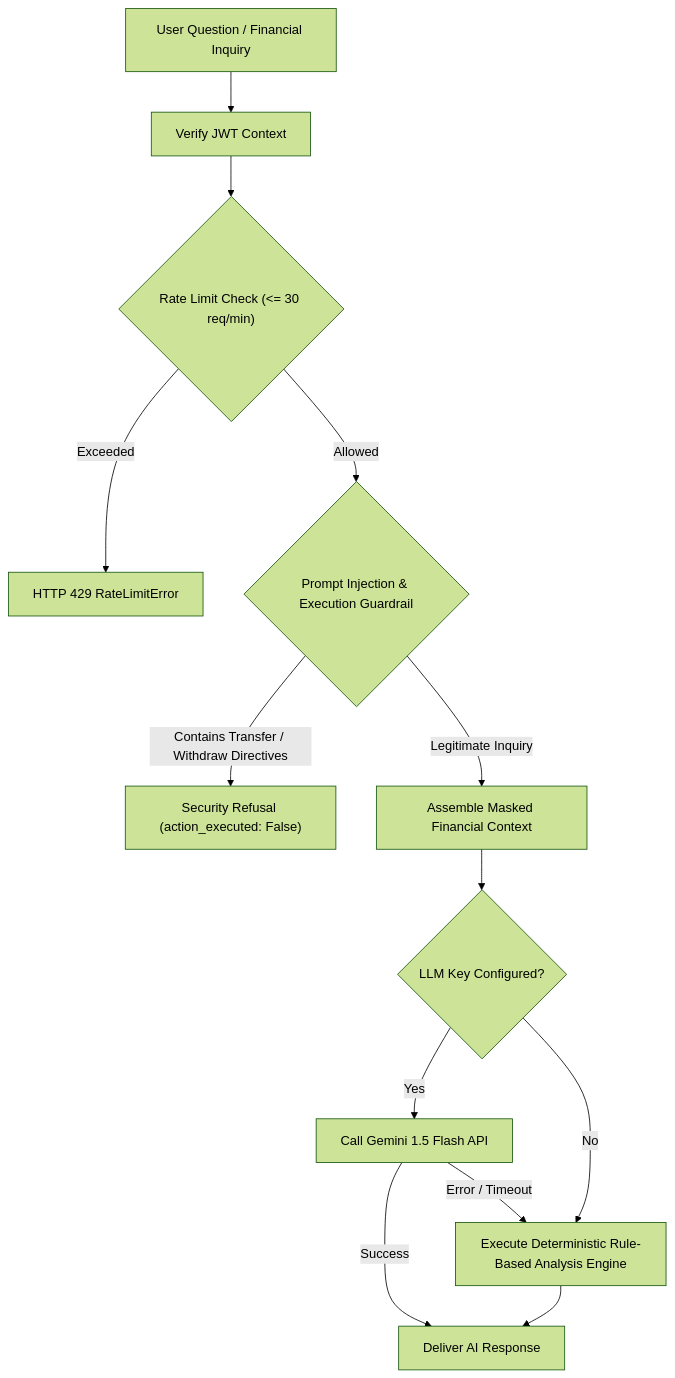
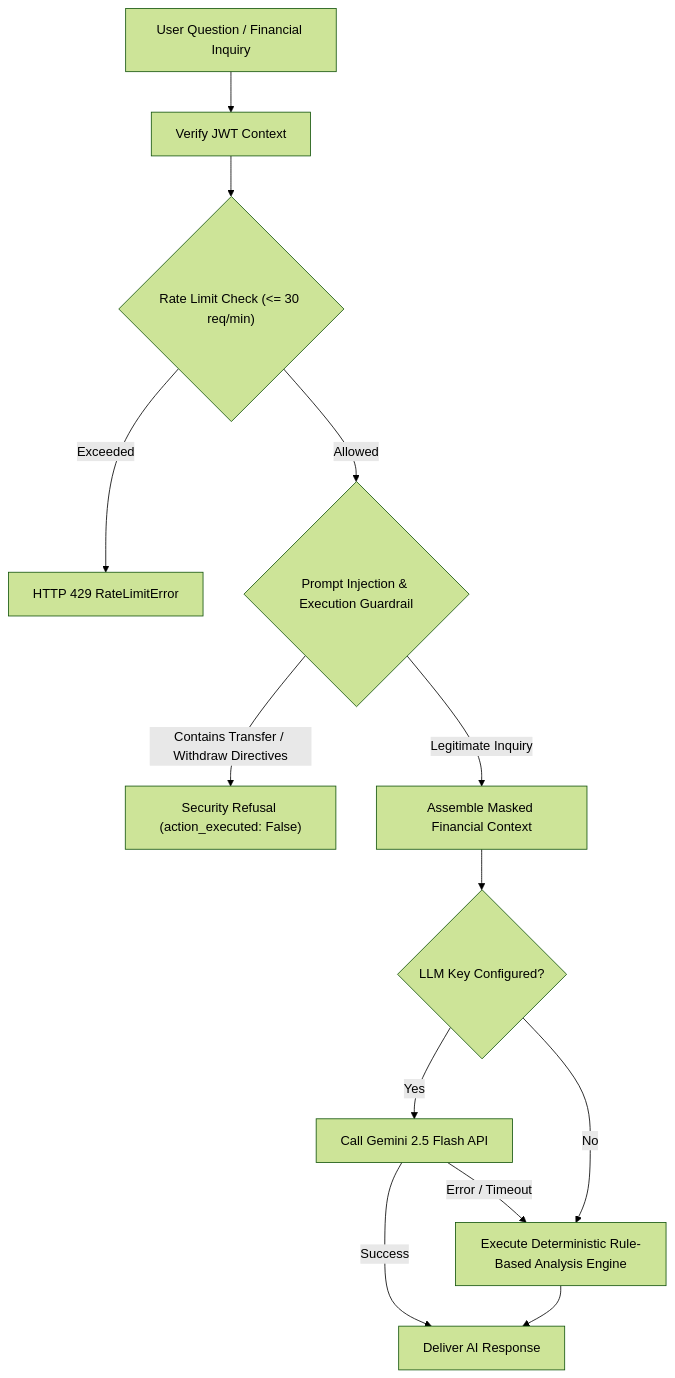
Before and after one commit to Karpagavalli-V/Apex: the fourth of 4 diagrams in README.md, drawn with Mermaid (forest theme). The commit also changed other lines of this file and 5 other files, not shown here.

Commit message:
chore: upgrade GenAI model to gemini-2.5-flash

````diff
--- a/README.md
+++ b/README.md
@@ -215,18 +215,18 @@
 ```mermaid
 flowchart TD
     UserMsg["User Question / Financial Inquiry"] --> AuthCheck["Verify JWT Context"]
     AuthCheck --> RateLimiter{"Rate Limit Check (<= 30 req/min)"}
     
     RateLimiter -->|Exceeded| Err429["HTTP 429 RateLimitError"]
     RateLimiter -->|Allowed| Guardrail{"Prompt Injection & Execution Guardrail"}
     
     Guardrail -->|Contains Transfer / Withdraw Directives| Block["Security Refusal (action_executed: False)"]
     Guardrail -->|Legitimate Inquiry| Context["Assemble Masked Financial Context"]
     
     Context --> Provider{"LLM Key Configured?"}
-    Provider -->|Yes| Gemini["Call Gemini 1.5 Flash API"]
+    Provider -->|Yes| Gemini["Call Gemini 2.5 Flash API"]
     Gemini -->|Success| Out["Deliver AI Response"]
     Gemini -->|Error / Timeout| Fallback
     Provider -->|No| Fallback["Execute Deterministic Rule-Based Analysis Engine"]
     Fallback --> Out
 ```
````
